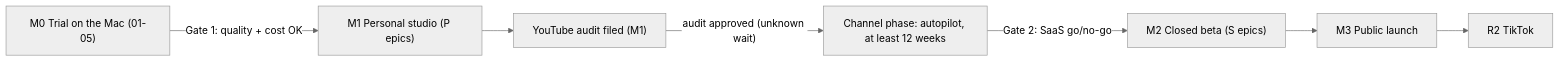
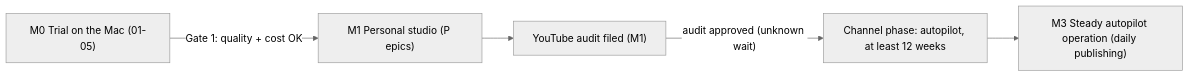
The first of 8 diagrams in WORKFLOW.md (anglesen1120/NightTalesStudio), drawn with Mermaid (neutral theme) before and after one commit. The commit also changed other lines of this file and 335 other files, not shown here.

````diff
--- a/WORKFLOW.md
+++ b/WORKFLOW.md
@@ -26,9 +26,7 @@
 ```mermaid
 flowchart LR
   M0["M0 Trial on the Mac (01-05)"] -->|"Gate 1: quality + cost OK"| M1["M1 Personal studio (P epics)"]
   M1 --> AUD["YouTube audit filed (M1)"]
   AUD -->|"audit approved (unknown wait)"| CH["Channel phase: autopilot, at least 12 weeks"]
-  CH -->|"Gate 2: SaaS go/no-go"| M2["M2 Closed beta (S epics)"]
-  M2 --> M3["M3 Public launch"]
-  M3 --> R2["R2 TikTok"]
+  CH --> M3["M3 Steady autopilot operation (daily publishing)"]
 ```
````
